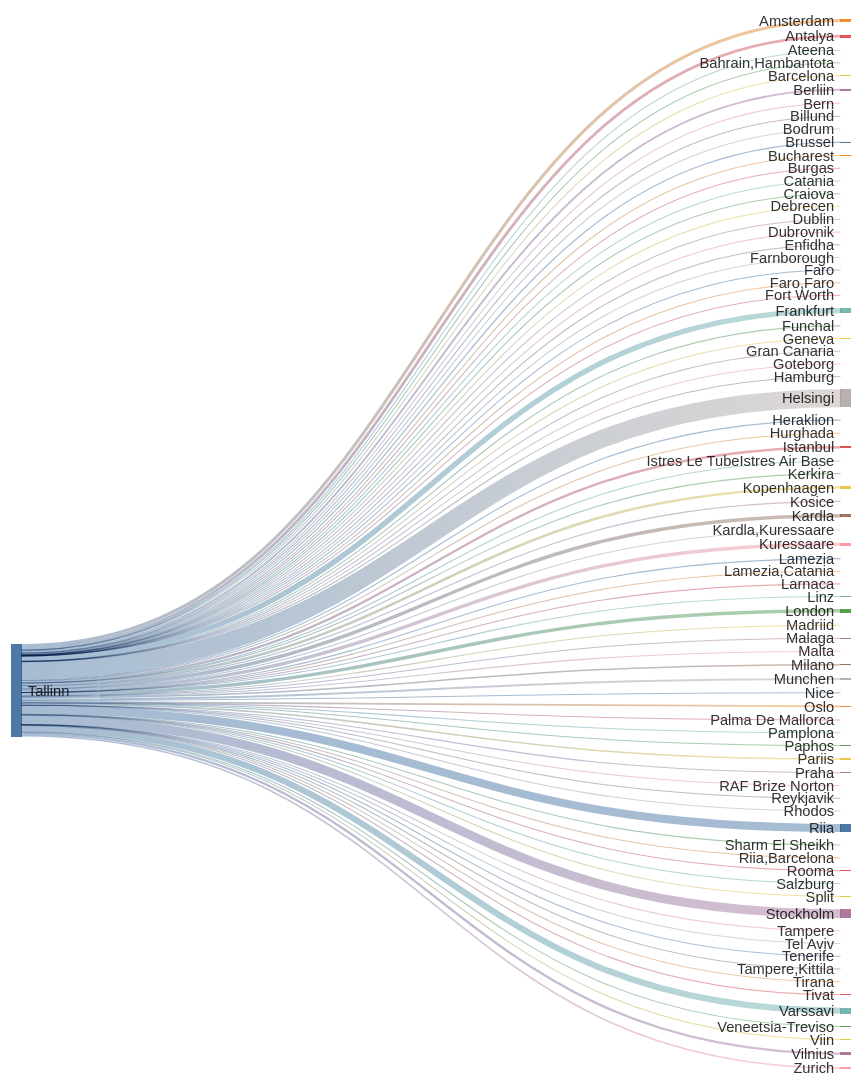
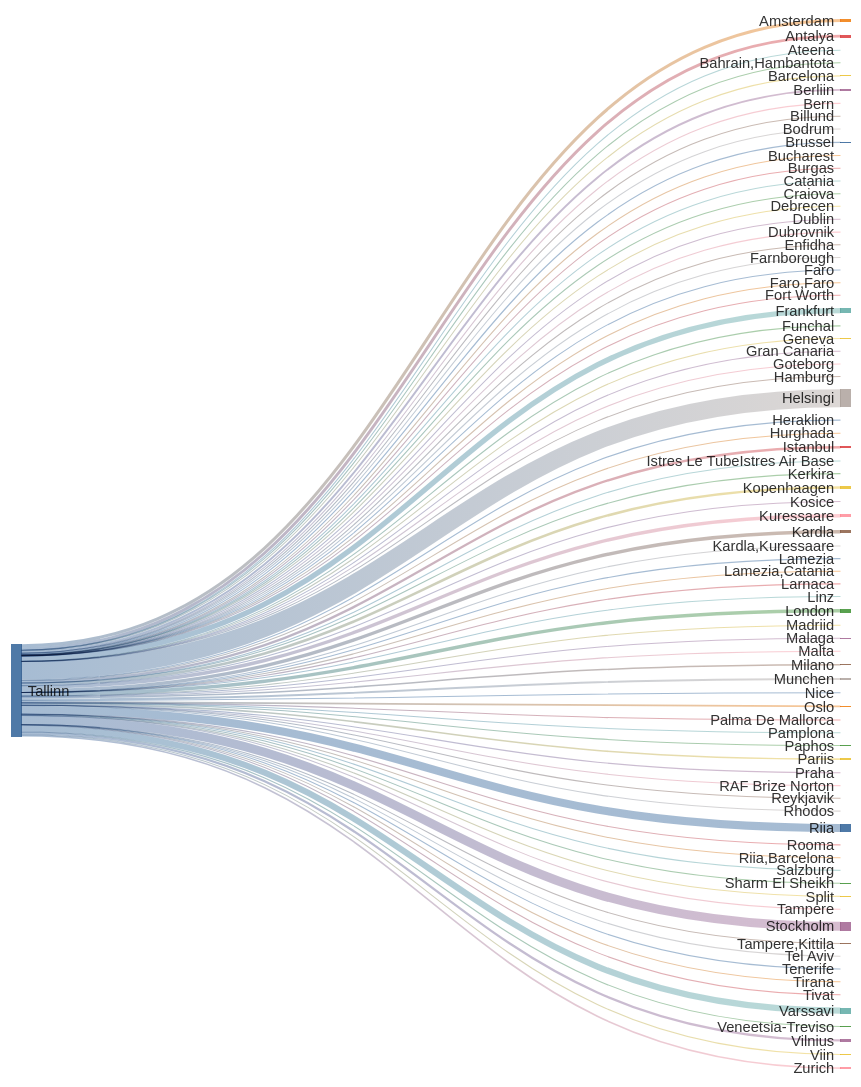
The second of 2 diagrams in README.md (rainermesi/tll-airport-departures), drawn with Mermaid before and after one commit. The commit also changed other lines of this file and 1 other file, not shown here.

```diff
--- a/README.md
+++ b/README.md
@@ -41,12 +41,12 @@
 ---
 sankey-beta
 %% source,target,value
-Tallinn,Amsterdam,571
-Tallinn,Antalya,538
+Tallinn,Amsterdam,573
+Tallinn,Antalya,543
 Tallinn,Ateena,16
 Tallinn,"Bahrain,Hambantota",1
 Tallinn,Barcelona,161
-Tallinn,Berliin,356
+Tallinn,Berliin,358
 Tallinn,Bern,1
 Tallinn,Billund,87
 Tallinn,Bodrum,14
@@ -58,65 +58,65 @@
 Tallinn,Debrecen,1
 Tallinn,Dublin,107
 Tallinn,Dubrovnik,21
-Tallinn,Enfidha,15
+Tallinn,Enfidha,16
 Tallinn,Farnborough,1
 Tallinn,Faro,4
 Tallinn,"Faro,Faro",1
 Tallinn,Fort Worth,1
-Tallinn,Frankfurt,1001
+Tallinn,Frankfurt,1004
 Tallinn,Funchal,8
 Tallinn,Geneva,13
 Tallinn,Gran Canaria,38
 Tallinn,Goteborg,2
 Tallinn,Hamburg,2
-Tallinn,Helsingi,3357
-Tallinn,Heraklion,130
+Tallinn,Helsingi,3367
+Tallinn,Heraklion,132
 Tallinn,Hurghada,76
-Tallinn,Istanbul,436
+Tallinn,Istanbul,437
 Tallinn,Istres Le TubeIstres Air Base,2
 Tallinn,Kerkira,4
-Tallinn,Kopenhaagen,479
+Tallinn,Kopenhaagen,482
 Tallinn,Kosice,1
-Tallinn,Kuressaare,636
-Tallinn,Kardla,638
+Tallinn,Kuressaare,638
+Tallinn,Kardla,640
 Tallinn,"Kardla,Kuressaare",1
 Tallinn,Lamezia,4
 Tallinn,"Lamezia,Catania",3
 Tallinn,Larnaca,7
 Tallinn,Linz,2
-Tallinn,London,649
+Tallinn,London,650
 Tallinn,Madriid,5
 Tallinn,Malaga,138
 Tallinn,Malta,35
-Tallinn,Milano,284
-Tallinn,Munchen,357
-Tallinn,Nice,64
-Tallinn,Oslo,337
+Tallinn,Milano,285
+Tallinn,Munchen,359
+Tallinn,Nice,65
+Tallinn,Oslo,338
 Tallinn,Palma De Mallorca,39
 Tallinn,Pamplona,1
 Tallinn,Paphos,66
-Tallinn,Pariis,300
+Tallinn,Pariis,301
 Tallinn,Praha,99
 Tallinn,RAF Brize Norton,1
 Tallinn,Reykjavik,20
 Tallinn,Rhodos,72
-Tallinn,Riia,1525
+Tallinn,Riia,1529
 Tallinn,"Riia,Barcelona",1
 Tallinn,Rooma,80
 Tallinn,Salzburg,14
-Tallinn,Sharm El Sheikh,116
+Tallinn,Sharm El Sheikh,117
 Tallinn,Split,65
-Tallinn,Stockholm,1680
+Tallinn,Stockholm,1685
 Tallinn,Tampere,17
 Tallinn,"Tampere,Kittila",21
 Tallinn,Tel Aviv,2
 Tallinn,Tenerife,58
 Tallinn,Tirana,42
 Tallinn,Tivat,79
-Tallinn,Varssavi,1164
+Tallinn,Varssavi,1167
 Tallinn,Veneetsia-Treviso,67
 Tallinn,Viin,106
-Tallinn,Vilnius,425
+Tallinn,Vilnius,427
 Tallinn,Zurich,302
 
 
```
